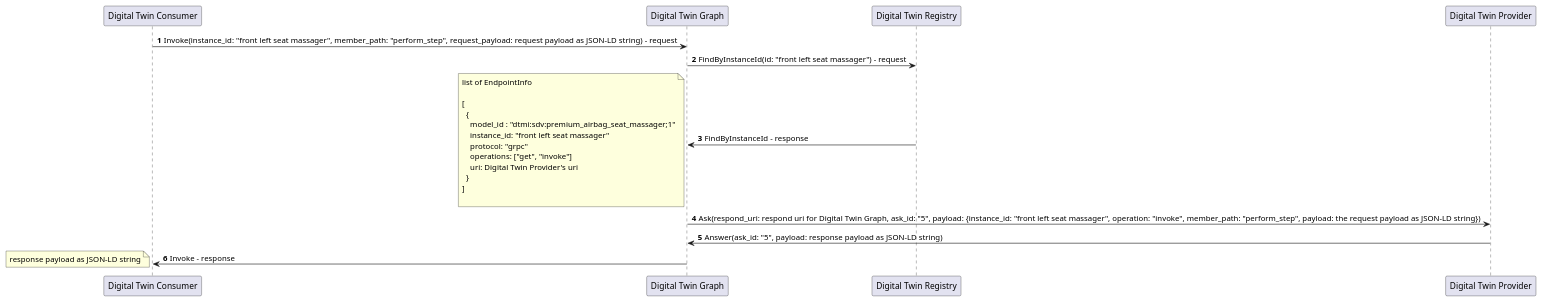
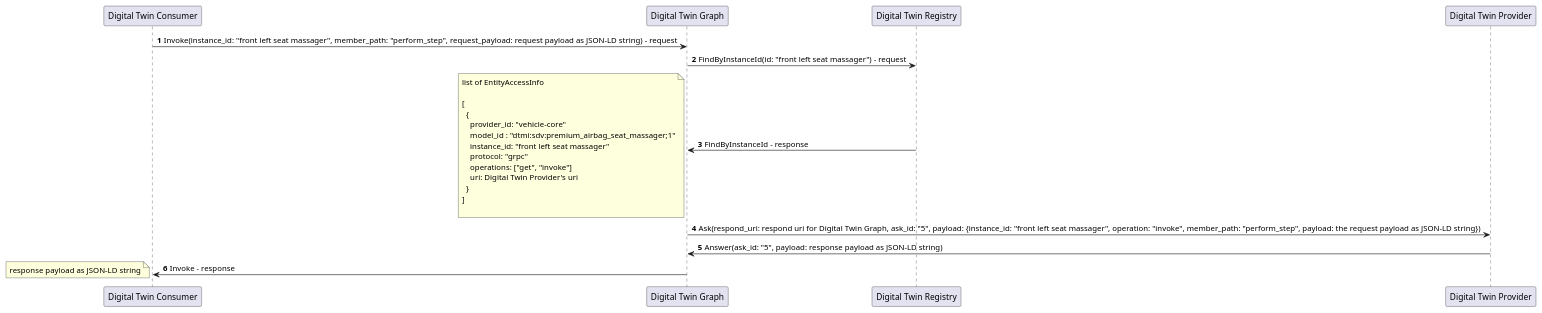
Before and after one commit to eclipse-ibeji/ibeji: the diagram in docs/design/modules/digital_twin_graph/diagrams/invoke_sequence.puml, drawn with PlantUML. The commit also changed 10 other files, not shown here.

Commit message:
Digital Twin Graph

```diff
--- a/docs/design/modules/digital_twin_graph/diagrams/invoke_sequence.puml
+++ b/docs/design/modules/digital_twin_graph/diagrams/invoke_sequence.puml
@@ -1,37 +1,38 @@
 @startuml
 
 autonumber
 
 participant "Digital Twin Consumer" as CONSUMER
 participant "Digital Twin Graph" as DIGITAL_TWIN_GRAPH
 participant "Digital Twin Registry" as DIGITAL_TWIN_REGISTRY
 participant "Digital Twin Provider" as PROVIDER
 
 CONSUMER -> DIGITAL_TWIN_GRAPH: Invoke(instance_id: "front left seat massager", member_path: "perform_step", request_payload: request payload as JSON-LD string) - request
 
 DIGITAL_TWIN_GRAPH -> DIGITAL_TWIN_REGISTRY: FindByInstanceId(id: "front left seat massager") - request
 DIGITAL_TWIN_GRAPH <- DIGITAL_TWIN_REGISTRY: FindByInstanceId - response
 note left
-  list of EndpointInfo
+  list of EntityAccessInfo
 
   [
     {
+      provider_id: "vehicle-core"      
       model_id : "dtmi:sdv:premium_airbag_seat_massager;1"
       instance_id: "front left seat massager"
       protocol: "grpc"
       operations: ["get", "invoke"]
       uri: Digital Twin Provider's uri
     }
   ]
 
 end note
 
 DIGITAL_TWIN_GRAPH -> PROVIDER: Ask(respond_uri: respond uri for Digital Twin Graph, ask_id: "5", payload: {instance_id: "front left seat massager", operation: "invoke", member_path: "perform_step", payload: the request payload as JSON-LD string})
 DIGITAL_TWIN_GRAPH <- PROVIDER: Answer(ask_id: "5", payload: response payload as JSON-LD string)
 
 CONSUMER <- DIGITAL_TWIN_GRAPH: Invoke - response
 note left
   response payload as JSON-LD string
 end note
 
 @enduml
```
